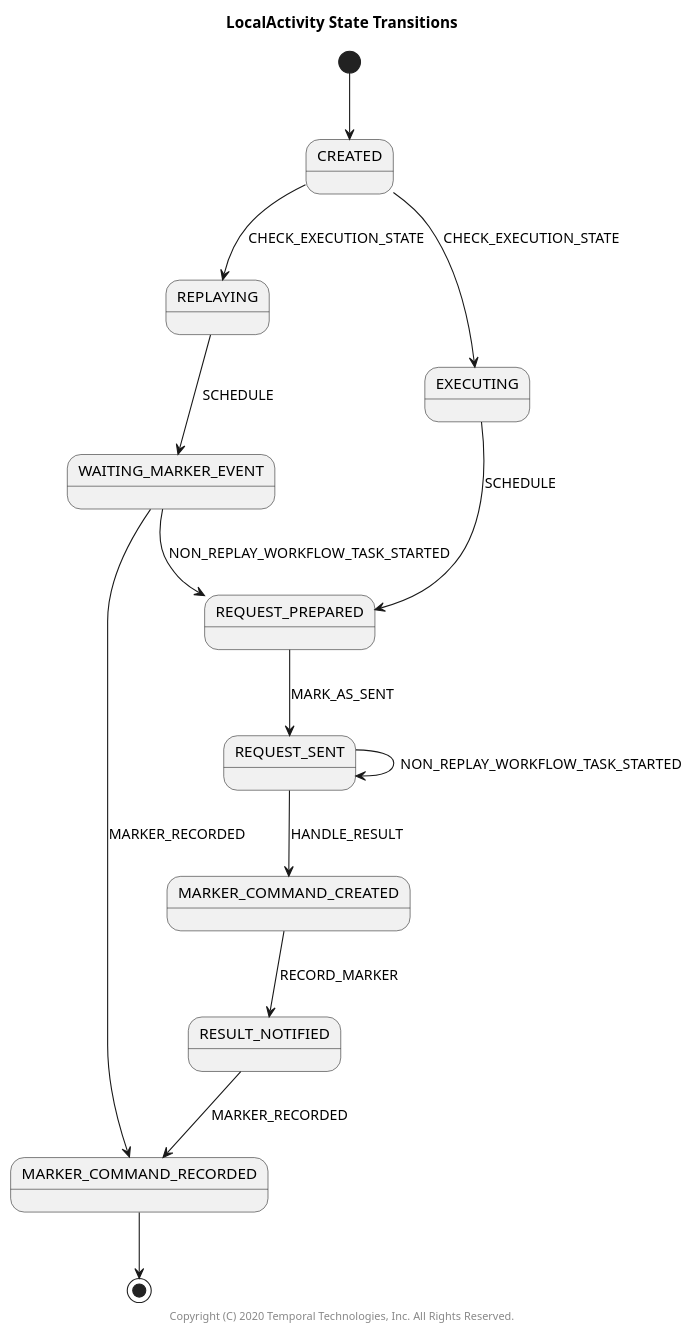
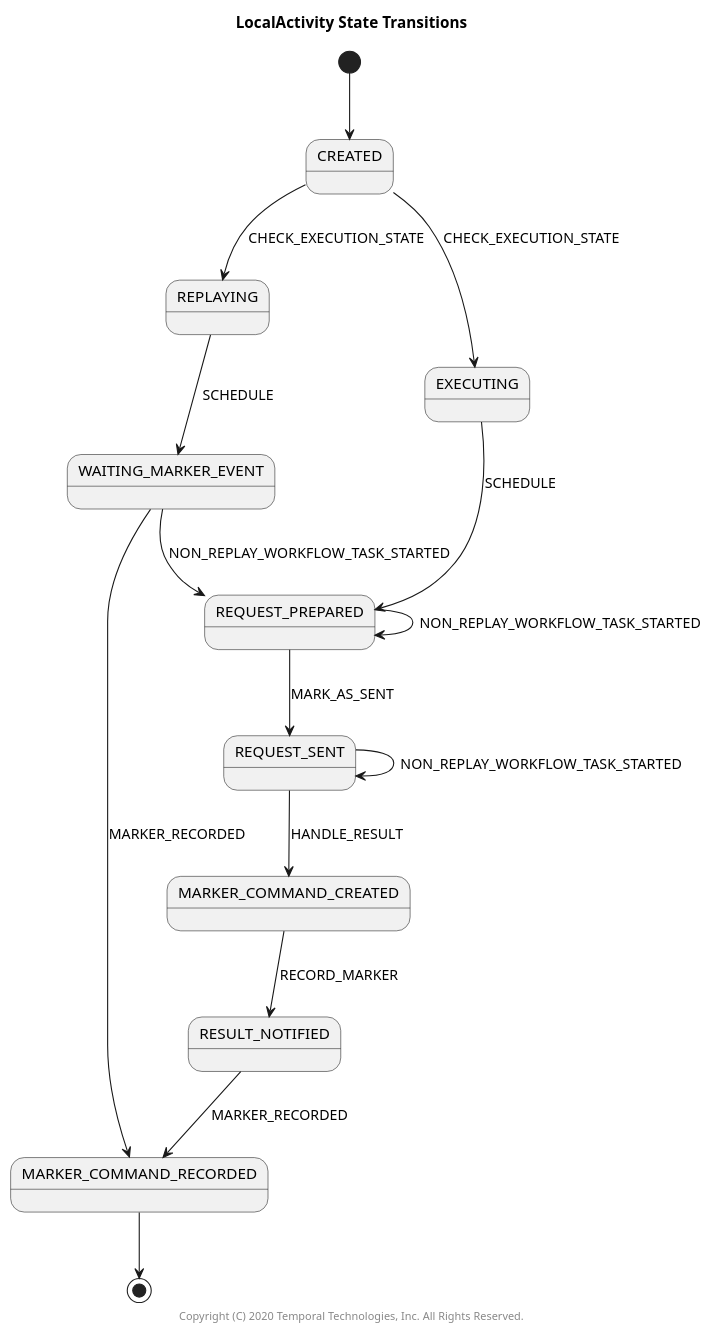
One commit to temporalio/sdk-java changed the diagram in temporal-sdk/src/main/java/io/temporal/internal/statemachines/LocalActivityStateMachine.puml. Above: the diagram before and after it, drawn with PlantUML. The commit also changed 5 other files, not shown here.

```diff
--- a/temporal-sdk/src/main/java/io/temporal/internal/statemachines/LocalActivityStateMachine.puml
+++ b/temporal-sdk/src/main/java/io/temporal/internal/statemachines/LocalActivityStateMachine.puml
@@ -24,18 +24,19 @@
 @startuml
 title LocalActivity State Transitions
 
 [*] --> CREATED
 CREATED --> REPLAYING: CHECK_EXECUTION_STATE
 CREATED --> EXECUTING: CHECK_EXECUTION_STATE
 EXECUTING --> REQUEST_PREPARED: SCHEDULE
 MARKER_COMMAND_CREATED --> RESULT_NOTIFIED: RECORD_MARKER
 REPLAYING --> WAITING_MARKER_EVENT: SCHEDULE
 REQUEST_PREPARED --> REQUEST_SENT: MARK_AS_SENT
+REQUEST_PREPARED --> REQUEST_PREPARED: NON_REPLAY_WORKFLOW_TASK_STARTED
 REQUEST_SENT --> REQUEST_SENT: NON_REPLAY_WORKFLOW_TASK_STARTED
 REQUEST_SENT --> MARKER_COMMAND_CREATED: HANDLE_RESULT
 RESULT_NOTIFIED --> MARKER_COMMAND_RECORDED: MARKER_RECORDED
 WAITING_MARKER_EVENT --> MARKER_COMMAND_RECORDED: MARKER_RECORDED
 WAITING_MARKER_EVENT --> REQUEST_PREPARED: NON_REPLAY_WORKFLOW_TASK_STARTED
 MARKER_COMMAND_RECORDED --> [*]
 center footer Copyright (C) 2020 Temporal Technologies, Inc. All Rights Reserved.
 @enduml
```
